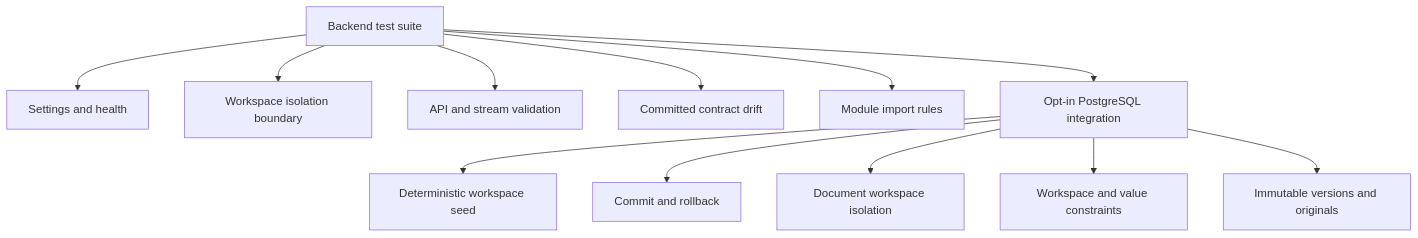
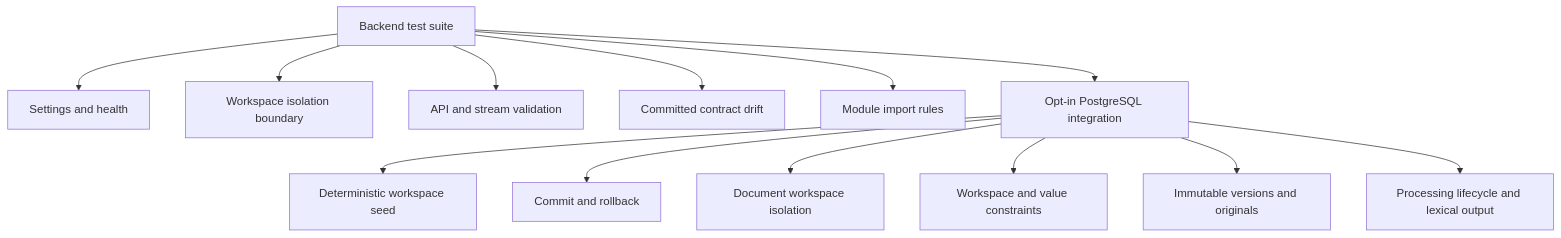
One commit to rnkraus/investment-research changed the diagram in backend/tests/README.md. Above: the diagram before and after it, drawn with Mermaid. The commit also changed other lines of this file and 3 other files, not shown here.

Commit message:
fix(processing): persist lexical output in dependency order

````diff
--- a/backend/tests/README.md
+++ b/backend/tests/README.md
@@ -15,14 +15,15 @@
 ```mermaid
 flowchart TD
     TESTS[Backend test suite] --> RUNTIME[Settings and health]
     TESTS --> IDENTITY[Workspace isolation boundary]
     TESTS --> CONTRACTS[API and stream validation]
     TESTS --> OPENAPI[Committed contract drift]
     TESTS --> ARCH[Module import rules]
     TESTS --> POSTGRES[Opt-in PostgreSQL integration]
     POSTGRES --> SEED[Deterministic workspace seed]
     POSTGRES --> TX[Commit and rollback]
     POSTGRES --> DOCS[Document workspace isolation]
     POSTGRES --> CONSTRAINTS[Workspace and value constraints]
     POSTGRES --> IMMUTABLE[Immutable versions and originals]
+    POSTGRES --> PROCESSING[Processing lifecycle and lexical output]
 ```
````
